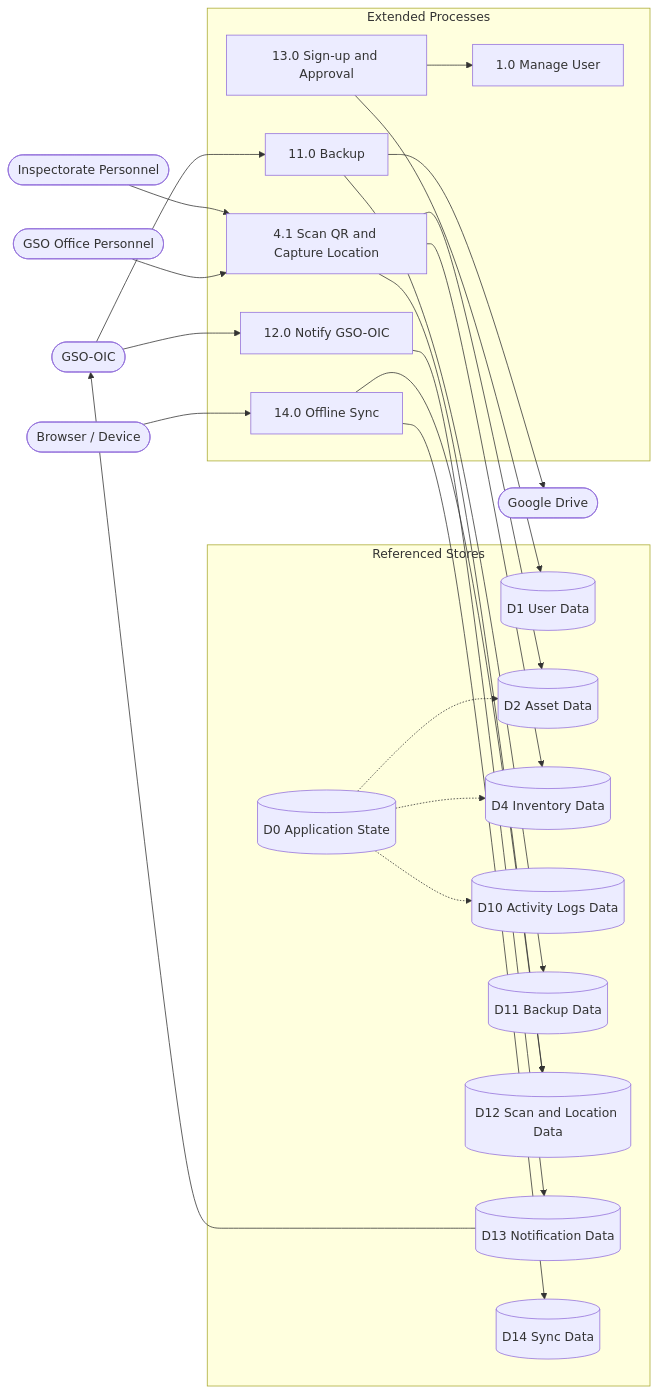
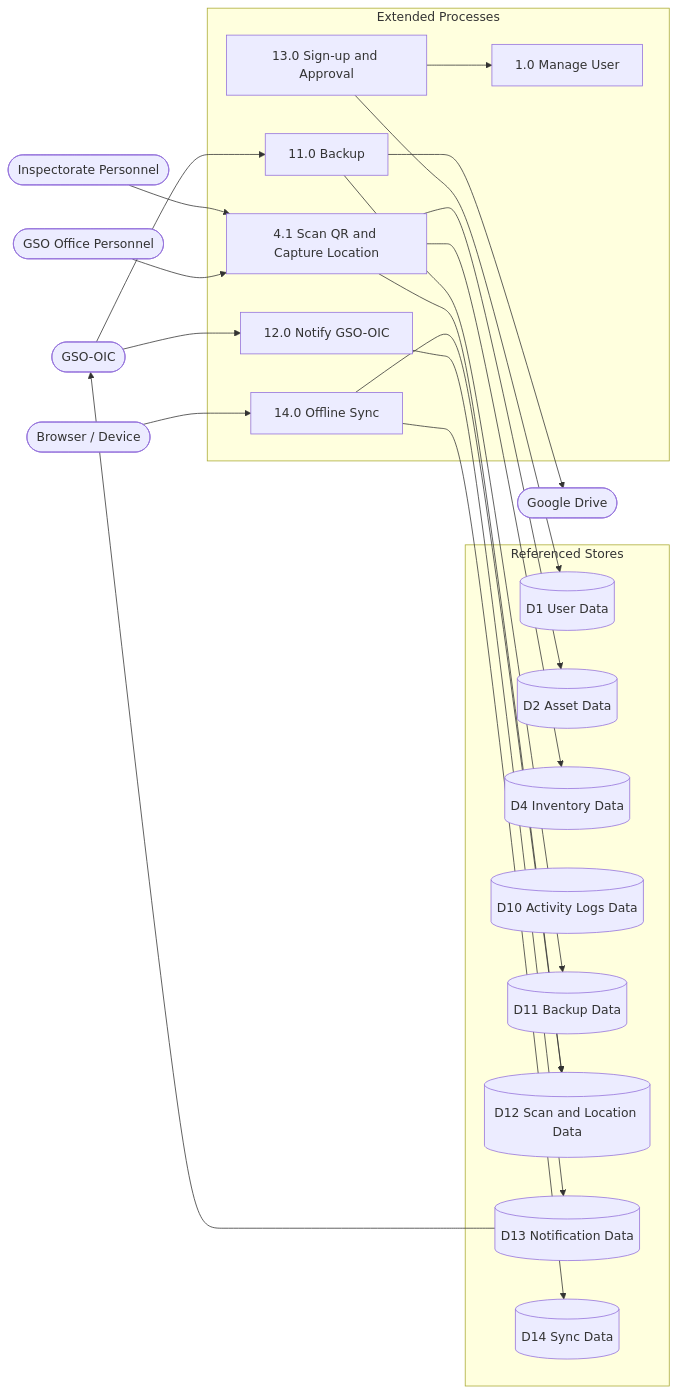
The second of 2 diagrams in docs/DFD_DIAGRAM.md (evieve24/katipunan-ams), drawn with Mermaid before and after one commit. The commit also changed other lines of this file and 5 other files, not shown here.

````diff
--- a/docs/DFD_DIAGRAM.md
+++ b/docs/DFD_DIAGRAM.md
@@ -78,54 +81,49 @@
 ```mermaid
 flowchart LR
   OIC([GSO-OIC])
   INS([Inspectorate Personnel])
   GSO([GSO Office Personnel])
   DEV([Browser / Device])
   GD([Google Drive])
 
   subgraph P[Extended Processes]
     P1["1.0 Manage User"]
     P41["4.1 Scan QR and Capture Location"]
     P11["11.0 Backup"]
     P12["12.0 Notify GSO-OIC"]
     P13["13.0 Sign-up and Approval"]
     P14["14.0 Offline Sync"]
   end
 
   subgraph D[Referenced Stores]
-    D0[(D0 Application State)]
     D1[(D1 User Data)]
     D2[(D2 Asset Data)]
     D4[(D4 Inventory Data)]
     D10[(D10 Activity Logs Data)]
     D11[(D11 Backup Data)]
     D12[(D12 Scan and Location Data)]
     D13[(D13 Notification Data)]
     D14[(D14 Sync Data)]
   end
 
   OIC --> P12
   P12 --> D13
   D13 --> OIC
 
   INS --> P41
   GSO --> P41
   P41 --> D2
   P41 --> D4
   P41 --> D12
 
   DEV --> P14
   P14 --> D12
   P14 --> D14
 
   P13 --> D1
   P13 --> P1
 
   OIC --> P11
   P11 --> D11
   P11 --> GD
-
-  D0 -.-> D2
-  D0 -.-> D4
-  D0 -.-> D10
 ```
````
